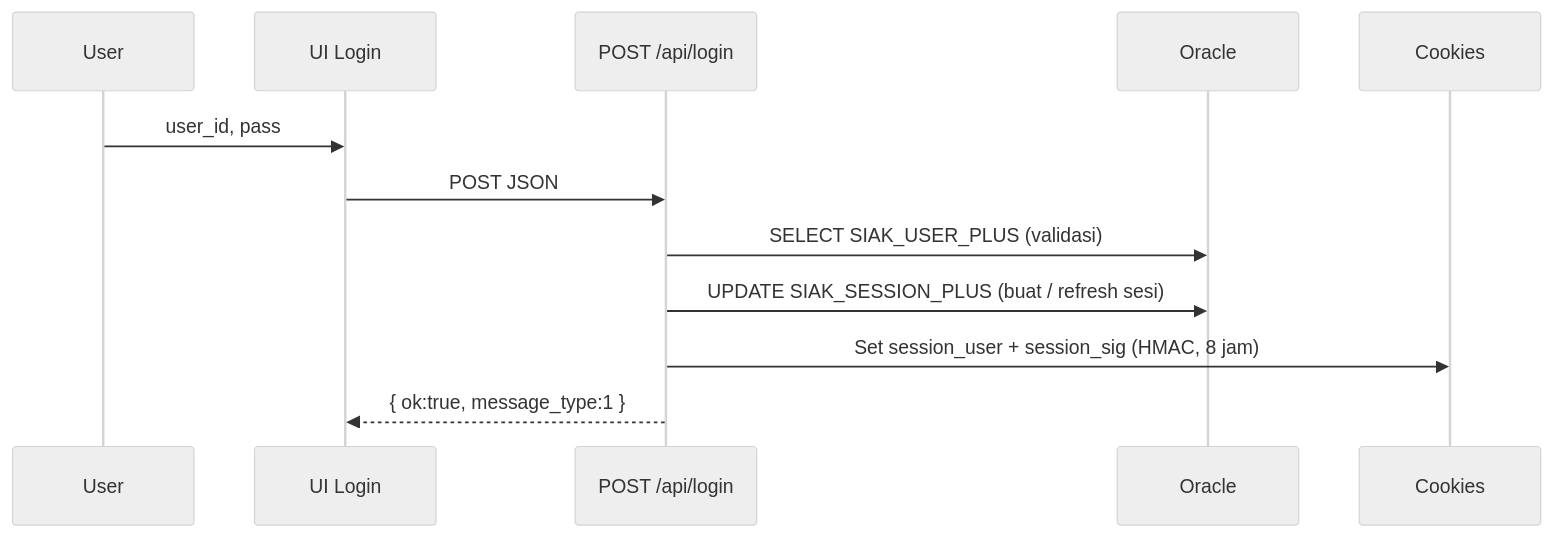
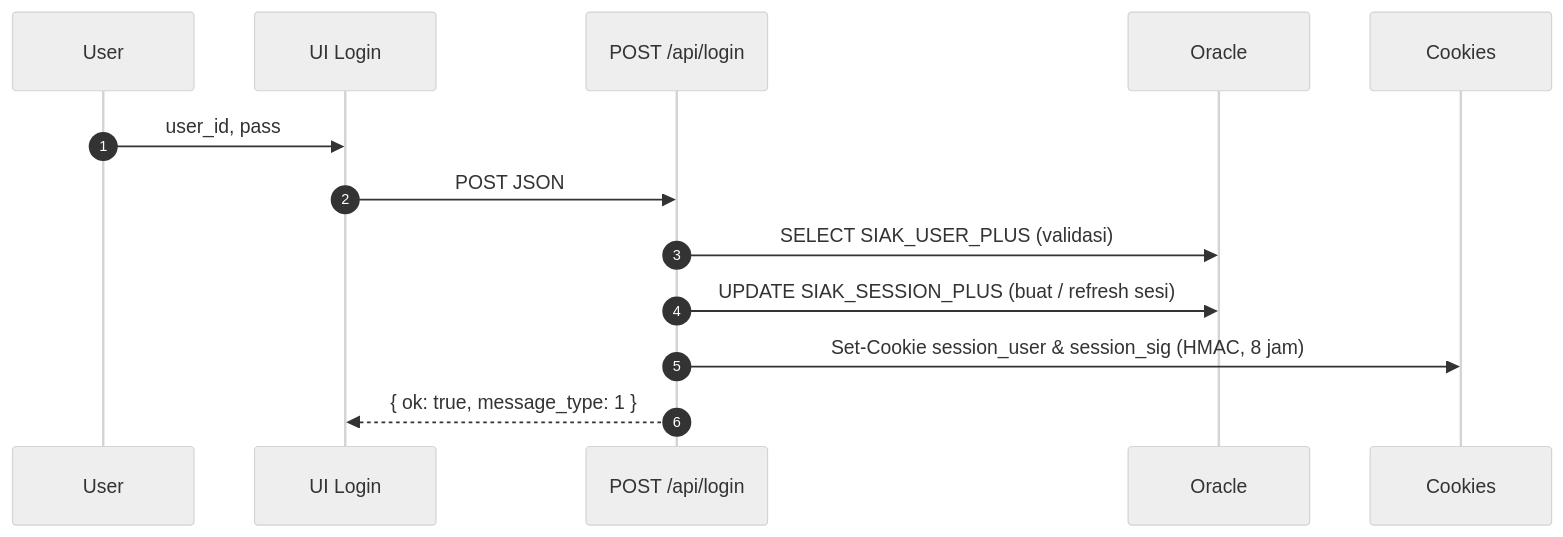
Before and after one commit to dianyanzen/Monitoring-Next: the third of 5 diagrams in README.md, drawn with Mermaid (neutral theme). The commit also changed other lines of this file, not shown here.

````diff
--- a/README.md
+++ b/README.md
@@ -205,15 +210,17 @@
 ```mermaid
 sequenceDiagram
+  autonumber
   participant U as User
   participant UI as UI Login
   participant API as POST /api/login
   participant DB as Oracle
   participant CK as Cookies
 
-  U->>UI: user_id, pass  
-  UI->>API: POST JSON  
-  API->>DB: SELECT SIAK_USER_PLUS (validasi)  
-  API->>DB: UPDATE SIAK_SESSION_PLUS (buat / refresh sesi)  
-  API->>CK: Set session_user + session_sig (HMAC, 8 jam)  
-  API-->>UI: { ok:true, message_type:1 }
+  U->>UI: user_id, pass
+  UI->>API: POST JSON
+  API->>DB: SELECT SIAK_USER_PLUS (validasi)
+  API->>DB: UPDATE SIAK_SESSION_PLUS (buat / refresh sesi)
+  API->>CK: Set-Cookie session_user & session_sig (HMAC, 8 jam)
+  API-->>UI: { ok: true, message_type: 1 }
+
 ```
````
